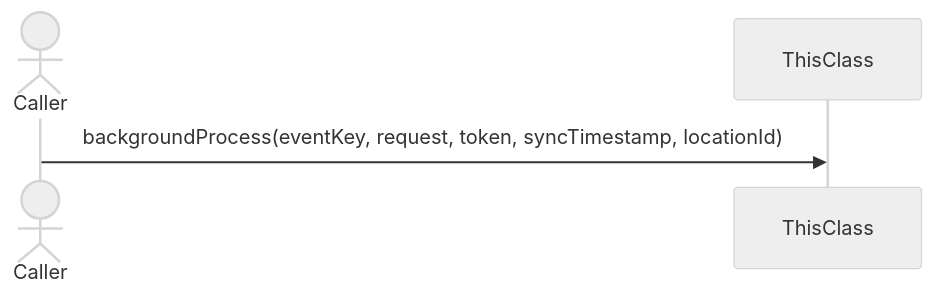
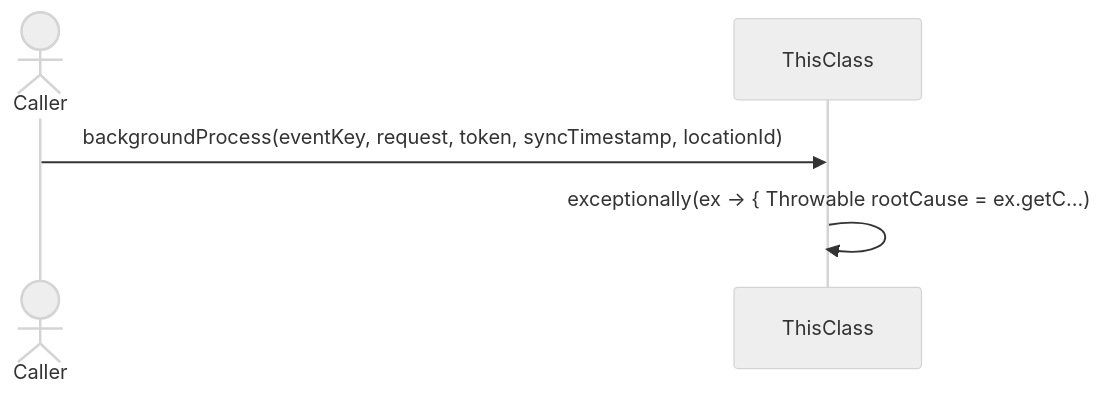
The seventh of 16 diagrams in docs/CloudSyncUploadService.md (FelipeMCassiano/geanky), drawn with Mermaid (neutral theme) before and after one commit. The commit also changed other lines of this file and 7 other files, not shown here.

````diff
--- a/docs/CloudSyncUploadService.md
+++ b/docs/CloudSyncUploadService.md
@@ -530,8 +535,9 @@
 ```mermaid
 sequenceDiagram
     actor Caller
     participant ThisClass
 
     Caller->>ThisClass: backgroundProcess(eventKey, request, token, syncTimestamp, locationId)
+    ThisClass->>ThisClass: exceptionally(ex -> {                     Throwable rootCause = ex.getC...)
 
 ```
````
